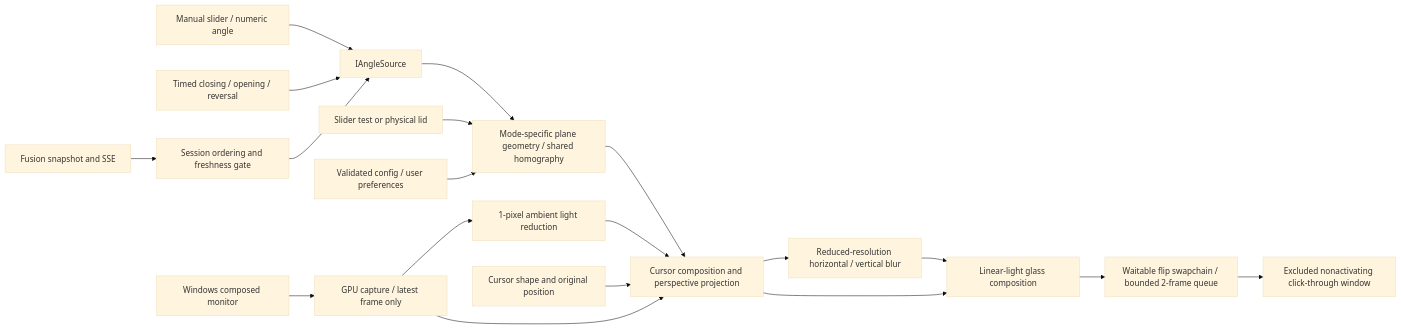
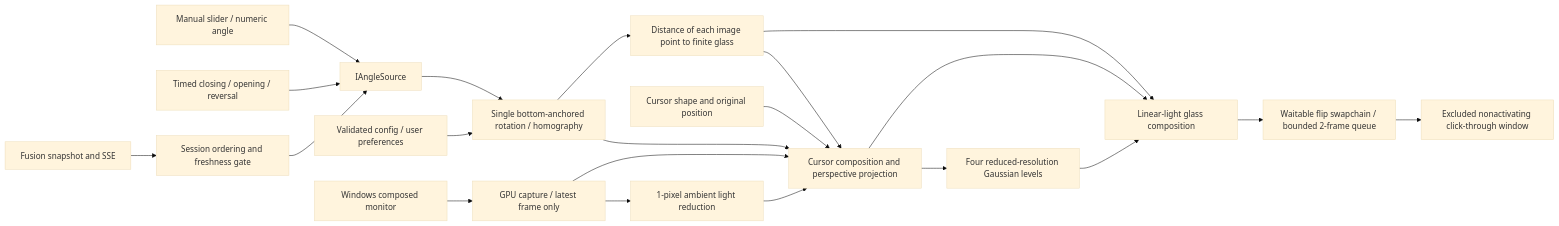
Before and after one commit to Comb1e/windows-turn: the first of 7 diagrams in renderer/docs/architecture.md, drawn with Mermaid (base theme). The commit also changed other lines of this file and 18 other files, not shown here.

Commit message:
Use one hinge rotation and distance-based frosting

````diff
--- a/renderer/docs/architecture.md
+++ b/renderer/docs/architecture.md
@@ -5,21 +5,23 @@
 ```mermaid
 flowchart LR
   Manual[Manual slider / numeric angle] --> Source[IAngleSource]
   Sweep[Timed closing / opening / reversal] --> Source
   Fusion[Fusion snapshot and SSE] --> Gate[Session ordering and freshness gate]
   Gate --> Source
-  Source --> Geometry[Mode-specific plane geometry / shared homography]
-  Mode[Slider test or physical lid] --> Geometry
+  Source --> Geometry[Single bottom-anchored rotation / homography]
   Settings[Validated config / user preferences] --> Geometry
   Desktop[Windows composed monitor] --> WGC[GPU capture / latest frame only]
   WGC --> Light[1-pixel ambient light reduction]
   WGC --> Warp[Cursor composition and perspective projection]
   Cursor[Cursor shape and original position] --> Warp
   Geometry --> Warp
   Light --> Warp
-  Warp --> Blur[Reduced-resolution horizontal / vertical blur]
+  Geometry --> Gap[Distance of each image point to finite glass]
+  Gap --> Warp
+  Warp --> Blur[Four reduced-resolution Gaussian levels]
   Blur --> Compose[Linear-light glass composition]
   Warp --> Compose
+  Gap --> Compose
   Compose --> Present[Waitable flip swapchain / bounded 2-frame queue]
   Present --> Overlay[Excluded nonactivating click-through window]
 ```
````
